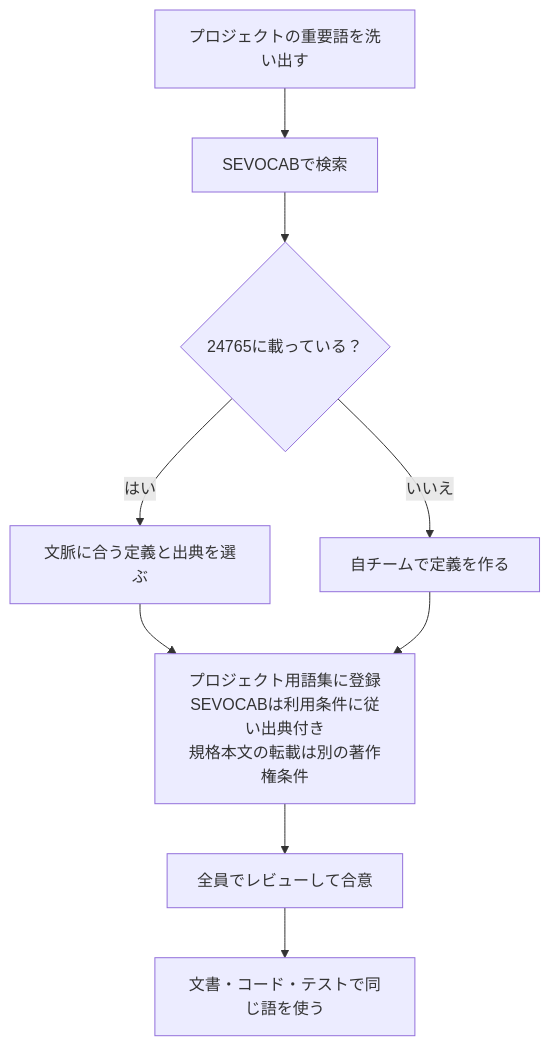
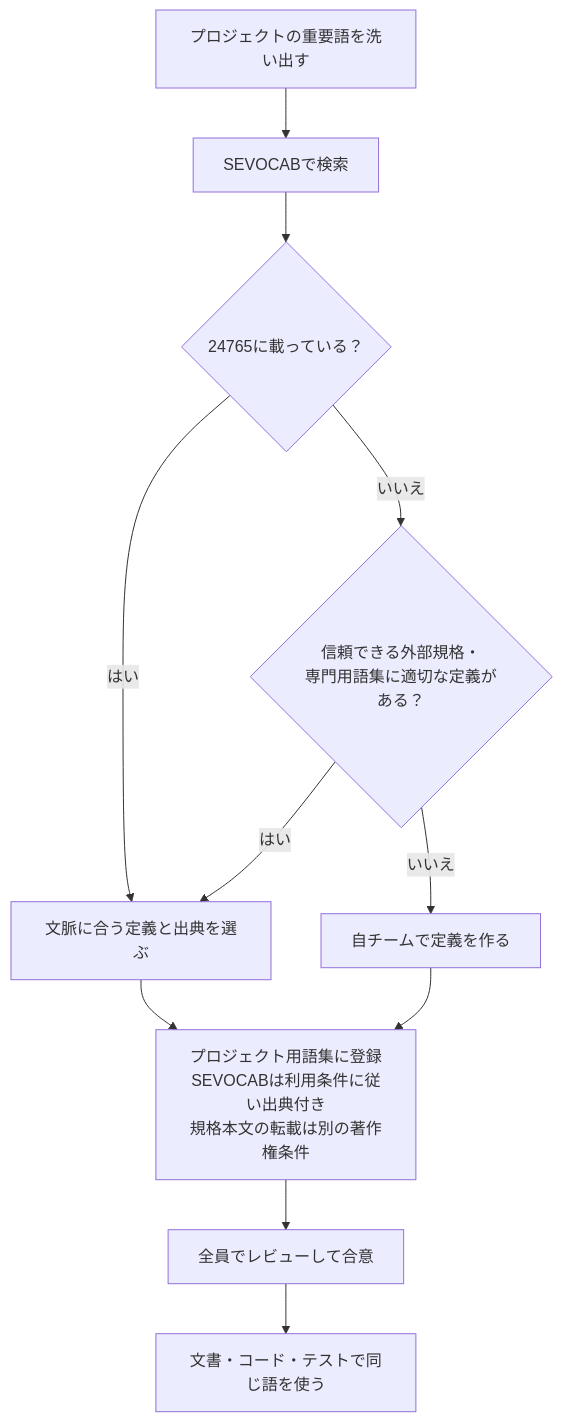
Before and after one commit to myoshi2891/Quality-Assurance-Studies: the tenth of 13 diagrams in Iso-iec-ieee-24765-2017-guide.md, drawn with Mermaid. The commit also changed other lines of this file and 3 other files, not shown here.

````diff
--- a/Iso-iec-ieee-24765-2017-guide.md
+++ b/Iso-iec-ieee-24765-2017-guide.md
@@ -346,11 +346,13 @@
 ```mermaid
 flowchart TB
     A["プロジェクトの重要語を洗い出す"] --> B["SEVOCABで検索"]
     B --> C{"24765に載っている？"}
     C -->|"はい"| D["文脈に合う定義と出典を選ぶ"]
-    C -->|"いいえ"| E["自チームで定義を作る"]
+    C -->|"いいえ"| X{"信頼できる外部規格・<br/>専門用語集に適切な定義がある？"}
+    X -->|"はい"| D
+    X -->|"いいえ"| E["自チームで定義を作る"]
     D --> F["プロジェクト用語集に登録<br/>SEVOCABは利用条件に従い出典付き<br/>規格本文の転載は別の著作権条件"]
     E --> F
     F --> G["全員でレビューして合意"]
     G --> H["文書・コード・テストで同じ語を使う"]
 ```
````
